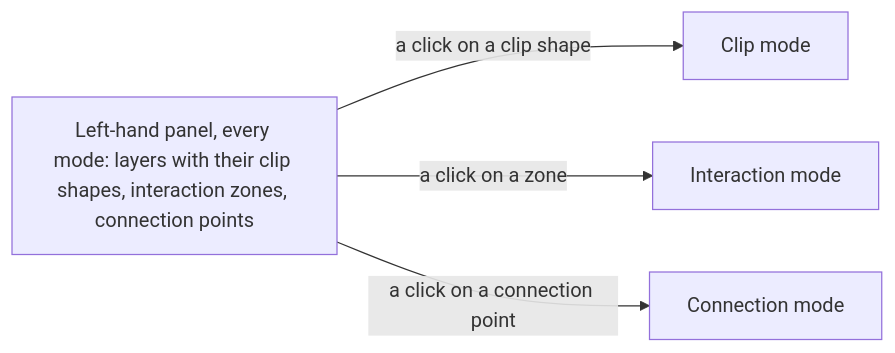
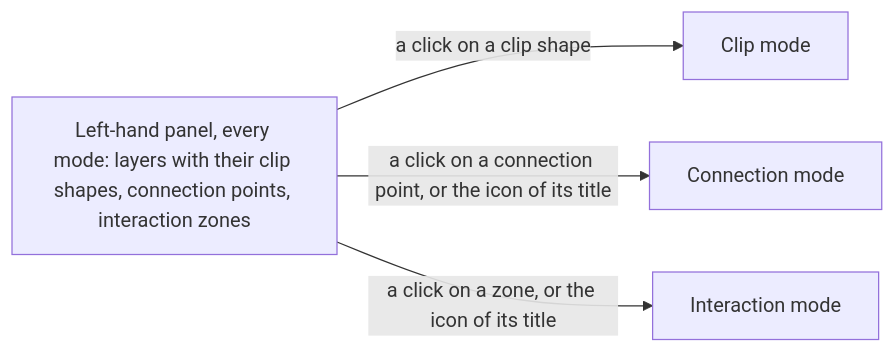
The fourth of 8 diagrams in screens/README.md (AlexandreGallais/synoptic-studio-spec), drawn with Mermaid before and after one commit. The commit also changed other lines of this file and 4 other files, not shown here.

First line of the commit message:
docs(symbols): connection points before zones, a mode icon on each list title

````diff
--- a/screens/README.md
+++ b/screens/README.md
@@ -110,6 +111,6 @@
 ```mermaid
 flowchart LR
-    L["Left-hand panel, every mode: layers with their clip shapes, interaction zones, connection points"] -->|"a click on a clip shape"| C["Clip mode"]
-    L -->|"a click on a zone"| I["Interaction mode"]
-    L -->|"a click on a connection point"| K["Connection mode"]
+    L["Left-hand panel, every mode: layers with their clip shapes, connection points, interaction zones"] -->|"a click on a clip shape"| C["Clip mode"]
+    L -->|"a click on a connection point, or the icon of its title"| K["Connection mode"]
+    L -->|"a click on a zone, or the icon of its title"| I["Interaction mode"]
 ```
````
